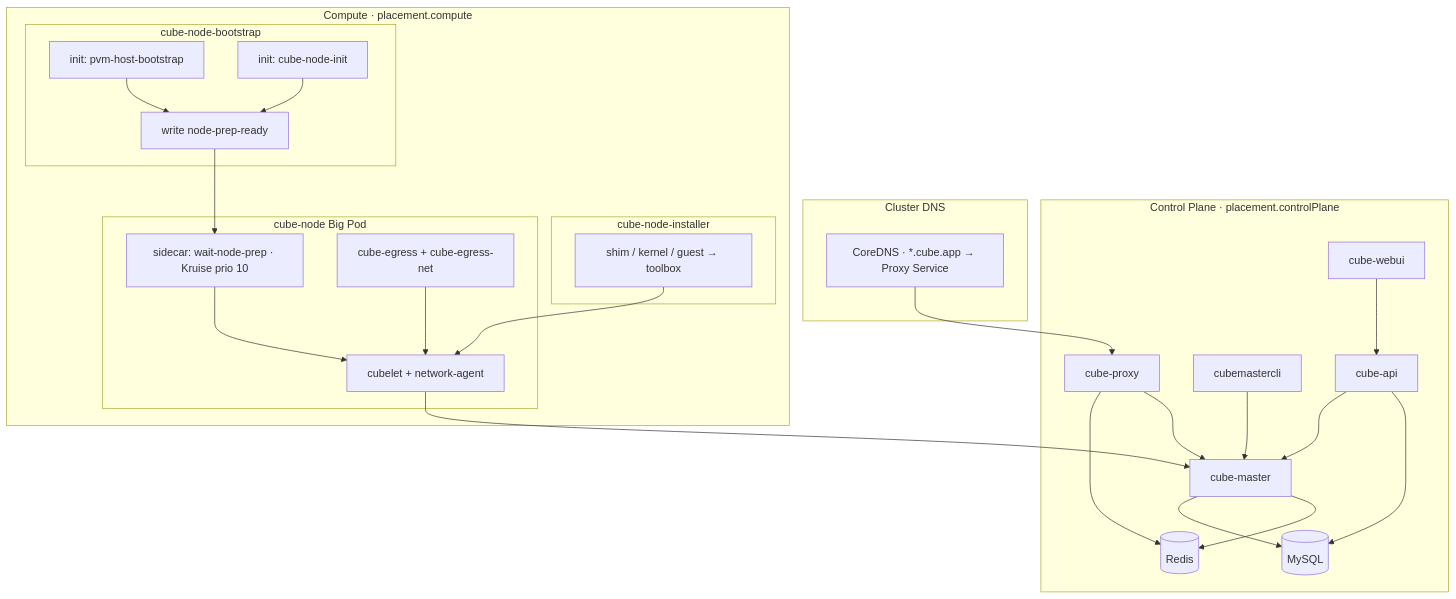
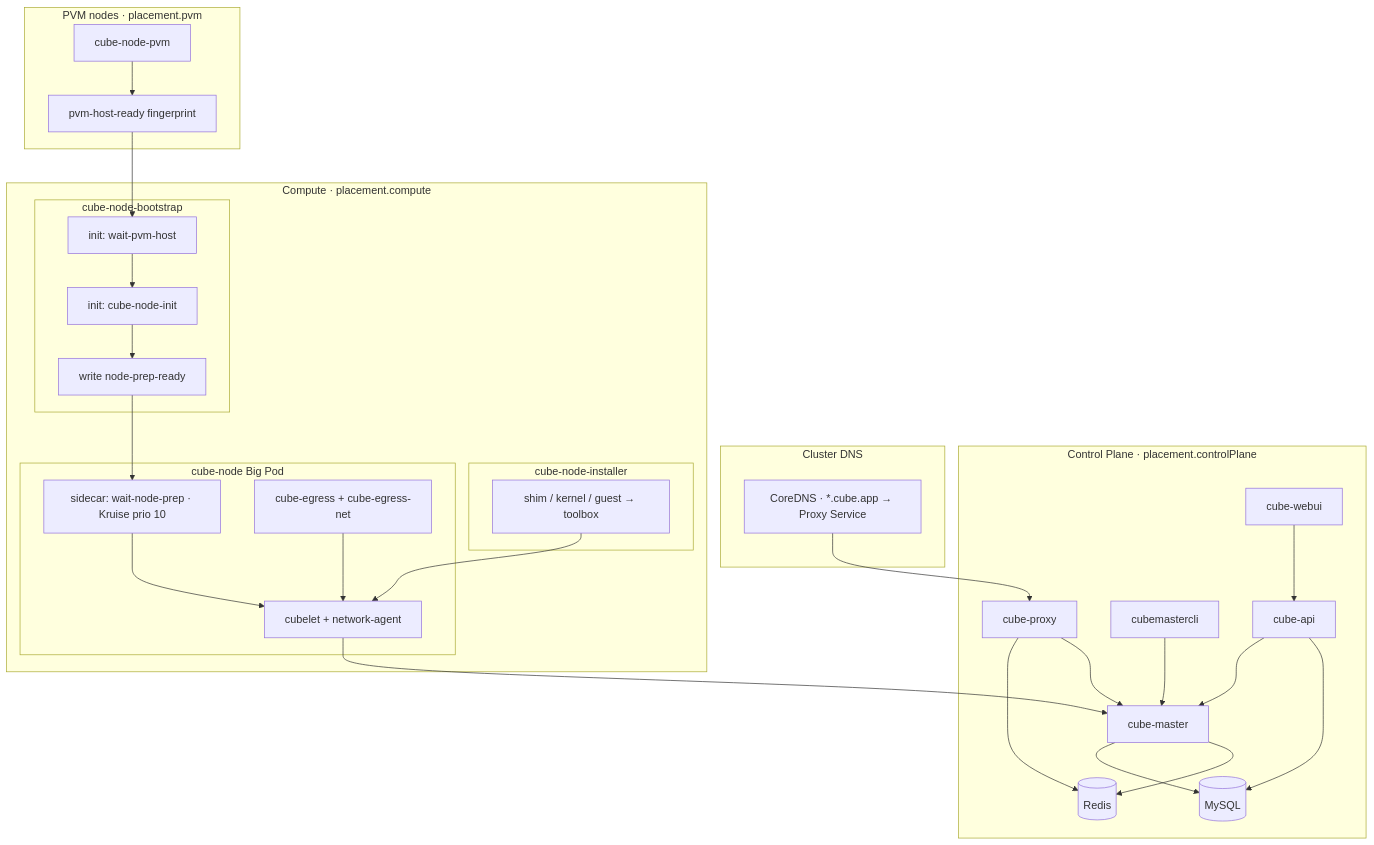
One commit to TencentCloud/CubeSandbox changed the first of 9 diagrams in deploy/kubernetes/chart/docs/ARCHITECTURE.md. Above: the diagram before and after it, drawn with Mermaid. The commit also changed other lines of this file and 21 other files, not shown here.

First line of the commit message:
feat(kubernetes): split PVM host bootstrap into dedicated DaemonSet

````diff
--- a/deploy/kubernetes/chart/docs/ARCHITECTURE.md
+++ b/deploy/kubernetes/chart/docs/ARCHITECTURE.md
@@ -22,49 +23,56 @@
 ```mermaid
 flowchart TB
   subgraph CP["Control Plane · placement.controlPlane"]
     CM["cube-master"]
     API["cube-api"]
     WEB["cube-webui"]
     CLI["cubemastercli"]
     MYSQL[("MySQL")]
     REDIS[("Redis")]
     PROXY["cube-proxy"]
   end
 
   subgraph CLUSTER["Cluster DNS"]
     KDNS["CoreDNS · *.cube.app → Proxy Service"]
   end
 
+  subgraph PVMN["PVM nodes · placement.pvm"]
+    PVMDS["cube-node-pvm"]
+    PVMREADY["pvm-host-ready fingerprint"]
+  end
+
   subgraph COMPUTE["Compute · placement.compute"]
     subgraph BOOT["cube-node-bootstrap"]
-      PVM["init: pvm-host-bootstrap"]
+      WAITPVM["init: wait-pvm-host"]
       NINIT["init: cube-node-init"]
       READY["write node-prep-ready"]
     end
     subgraph INST["cube-node-installer"]
       ART["shim / kernel / guest → toolbox"]
     end
     subgraph NODE["cube-node Big Pod"]
       WAIT["sidecar: wait-node-prep · Kruise prio 10"]
       RUN["cubelet + network-agent"]
       EG["cube-egress + cube-egress-net"]
     end
   end
 
   WEB --> API
   CLI --> CM
   API --> CM
   API --> MYSQL
   CM --> MYSQL
   CM --> REDIS
   PROXY --> REDIS
   PROXY --> CM
   KDNS --> PROXY
-  PVM --> READY
+  PVMDS --> PVMREADY
+  PVMREADY --> WAITPVM
+  WAITPVM --> NINIT
   NINIT --> READY
   READY --> WAIT
   WAIT --> RUN
   ART --> RUN
   RUN --> CM
   EG --> RUN
 ```
````
